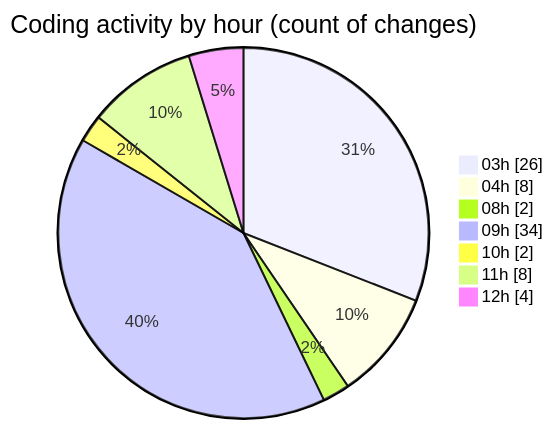
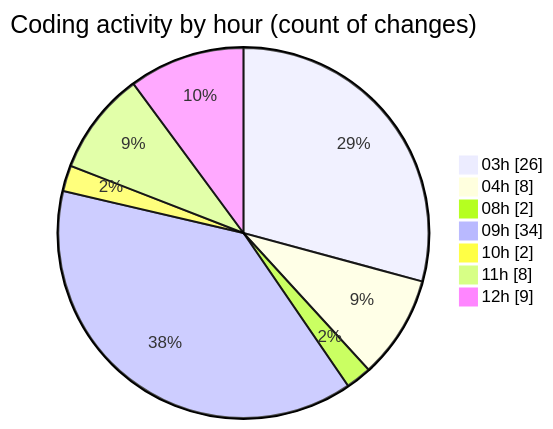
Before and after one commit to JenPaints/code-tracking: the second of 2 diagrams in 2025-06-20/modeljsondesigner/README.md, drawn with Mermaid. The commit also changed other lines of this file and 1 other file, not shown here.

````diff
--- a/2025-06-20/modeljsondesigner/README.md
+++ b/2025-06-20/modeljsondesigner/README.md
@@ -51,11 +55,11 @@
 ```mermaid
 pie showData
 title Coding activity by hour (count of changes)
 "03h" : 26
 "04h" : 8
 "08h" : 2
 "09h" : 34
 "10h" : 2
 "11h" : 8
-"12h" : 4
+"12h" : 9
 ```
````
